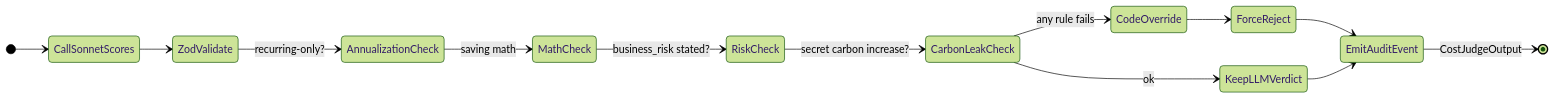
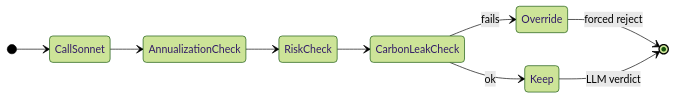
One commit to LucasDuys/bunq-hackathon changed the seventh of 10 diagrams in README.md. Above: the diagram before and after it, drawn with Mermaid (forest theme). The commit also changed other lines of this file, not shown here.

````diff
--- a/README.md
+++ b/README.md
@@ -284,16 +217,12 @@
 ```mermaid
 stateDiagram-v2
     direction LR
-    [*] --> CallSonnetScores
-    CallSonnetScores --> ZodValidate
-    ZodValidate --> AnnualizationCheck: recurring-only?
-    AnnualizationCheck --> MathCheck: saving math
-    MathCheck --> RiskCheck: business_risk stated?
-    RiskCheck --> CarbonLeakCheck: secret carbon increase?
-    CarbonLeakCheck --> CodeOverride: any rule fails
-    CarbonLeakCheck --> KeepLLMVerdict: ok
-    CodeOverride --> ForceReject
-    ForceReject --> EmitAuditEvent
-    KeepLLMVerdict --> EmitAuditEvent
-    EmitAuditEvent --> [*]: CostJudgeOutput
+    [*] --> CallSonnet
+    CallSonnet --> AnnualizationCheck
+    AnnualizationCheck --> RiskCheck
+    RiskCheck --> CarbonLeakCheck
+    CarbonLeakCheck --> Override: fails
+    CarbonLeakCheck --> Keep: ok
+    Override --> [*]: forced reject
+    Keep --> [*]: LLM verdict
 ```
````
